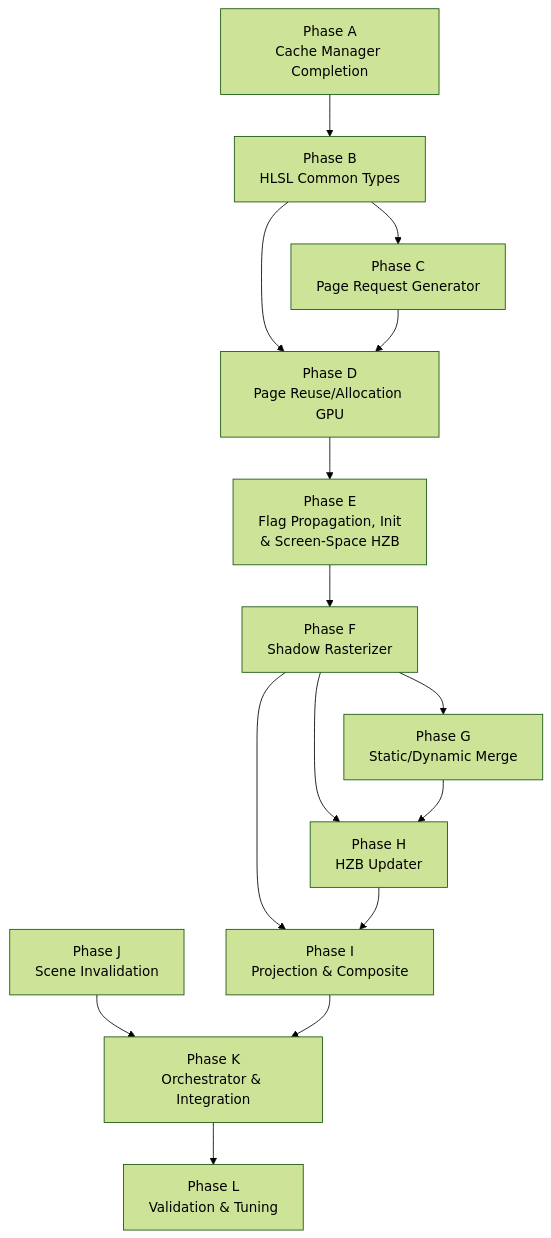
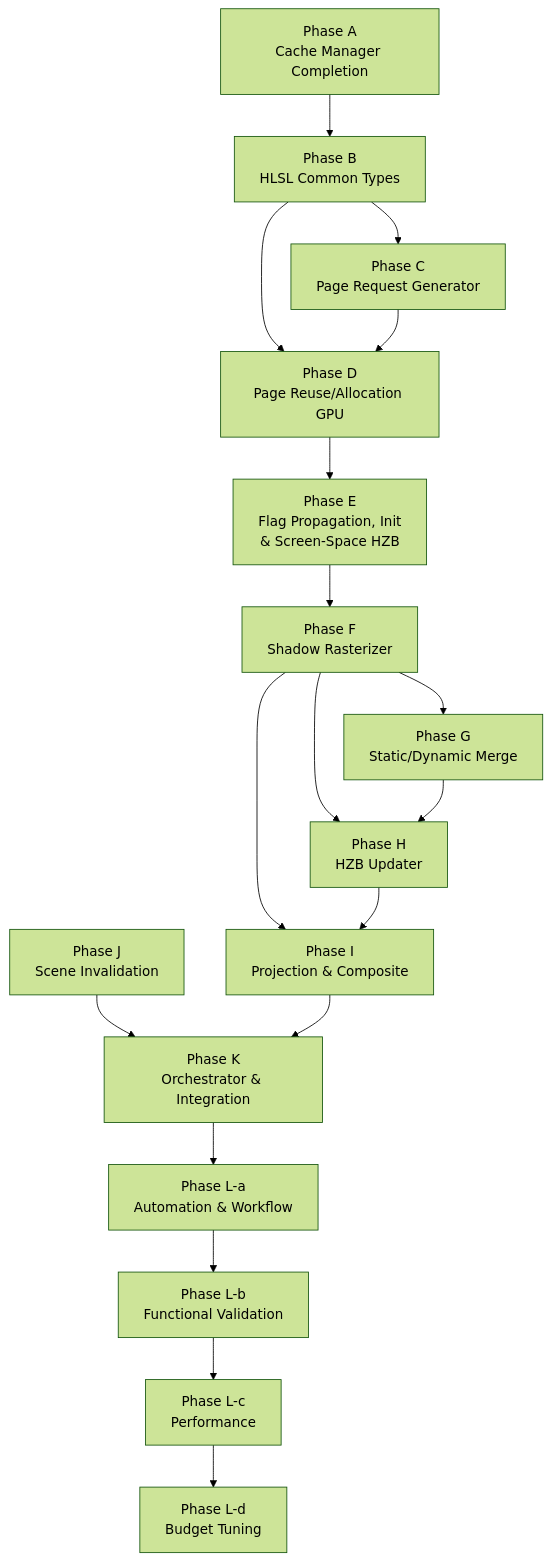
The diagram in projects/Oxygen.Engine/design/VsmImplementationPlan.md (abdes/DroidNet), drawn with Mermaid (forest theme) before and after one commit. The commit also changed other lines of this file and 11 other files, not shown here.

````diff
--- a/projects/Oxygen.Engine/design/VsmImplementationPlan.md
+++ b/projects/Oxygen.Engine/design/VsmImplementationPlan.md
@@ -521,17 +658,20 @@
 ```mermaid
 flowchart TD
     A["Phase A<br>Cache Manager Completion"] --> B["Phase B<br>HLSL Common Types"]
     B --> C["Phase C<br>Page Request Generator"]
     B --> D["Phase D<br>Page Reuse/Allocation GPU"]
     C --> D
     D --> E["Phase E<br>Flag Propagation, Init<br>& Screen-Space HZB"]
     E --> F["Phase F<br>Shadow Rasterizer"]
     F --> G["Phase G<br>Static/Dynamic Merge"]
     F --> H["Phase H<br>HZB Updater"]
     G --> H
     F --> I["Phase I<br>Projection & Composite"]
     H --> I
     J["Phase J<br>Scene Invalidation"] --> K
     I --> K["Phase K<br>Orchestrator & Integration"]
-    K --> L["Phase L<br>Validation & Tuning"]
+    K --> La["Phase L-a<br>Automation & Workflow"]
+    La --> Lb["Phase L-b<br>Functional Validation"]
+    Lb --> Lc["Phase L-c<br>Performance"]
+    Lc --> Ld["Phase L-d<br>Budget Tuning"]
 ```
````
